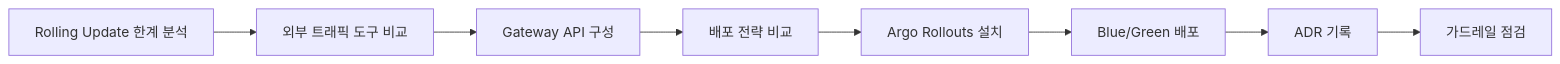
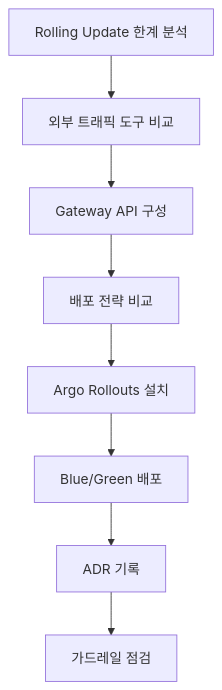
One commit to men16922/CLAUDE_CODE_STUDY_REPO changed the first of 4 diagrams in 정리/Ch5/Chapter 5 무중단 배포.md. Above: the diagram before and after it, drawn with Mermaid. The commit also changed other lines of this file and 3 other files, not shown here.

````diff
--- a/정리/Ch5/Chapter 5 무중단 배포.md
+++ b/정리/Ch5/Chapter 5 무중단 배포.md
@@ -37,10 +26,10 @@
 ```mermaid
-flowchart LR
+flowchart TB
     A[Rolling Update 한계 분석] --> B[외부 트래픽 도구 비교]
     B --> C[Gateway API 구성]
     C --> D[배포 전략 비교]
     D --> E[Argo Rollouts 설치]
     E --> F[Blue/Green 배포]
     F --> G[ADR 기록]
     G --> H[가드레일 점검]
 ```
````
